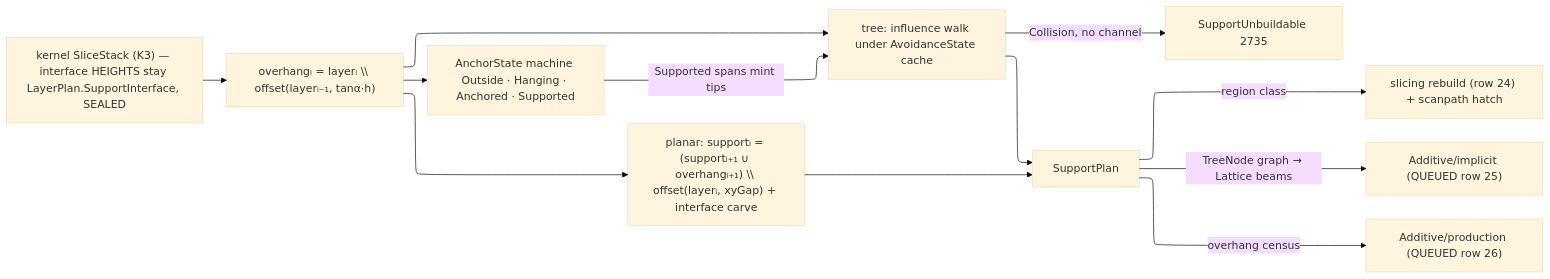
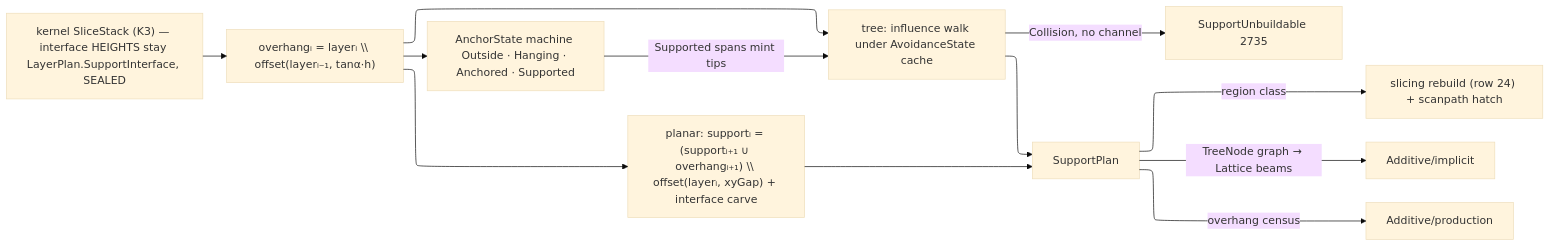
One commit to bsamiee/Rasm changed the diagram in libs/csharp/Rasm.Fabrication/.planning/Additive/support.md. Above: the diagram before and after it, drawn with Mermaid. The commit also changed other lines of this file and 181 other files, not shown here.

````diff
--- a/libs/csharp/Rasm.Fabrication/.planning/Additive/support.md
+++ b/libs/csharp/Rasm.Fabrication/.planning/Additive/support.md
@@ -272,20 +272,20 @@
 ```mermaid
 ---
 config:
   layout: elk
   theme: base
 ---
 flowchart LR
     Stack["kernel SliceStack (K3) — interface HEIGHTS stay LayerPlan.SupportInterface, SEALED"]
     Stack --> Census["overhangᵢ = layerᵢ \\ offset(layerᵢ₋₁, tanα·h)"]
     Census --> Planar["planar: supportᵢ = (supportᵢ₊₁ ∪ overhangᵢ₊₁) \\ offset(layerᵢ, xyGap) + interface carve"]
     Census --> Bridge["AnchorState machine Outside · Hanging · Anchored · Supported"]
     Bridge -->|Supported spans mint tips| Tree["tree: influence walk under AvoidanceState cache"]
     Census --> Tree
     Tree -->|Collision, no channel| Fault["SupportUnbuildable 2735"]
     Planar --> PlanN["SupportPlan"]
     Tree --> PlanN
     PlanN -->|region class| Slice["slicing rebuild (row 24) + scanpath hatch"]
-    PlanN -->|TreeNode graph → Lattice beams| Implicit["Additive/implicit (QUEUED row 25)"]
-    PlanN -->|overhang census| Production["Additive/production (QUEUED row 26)"]
+    PlanN -->|TreeNode graph → Lattice beams| Implicit["Additive/implicit"]
+    PlanN -->|overhang census| Production["Additive/production"]
 ```
````
